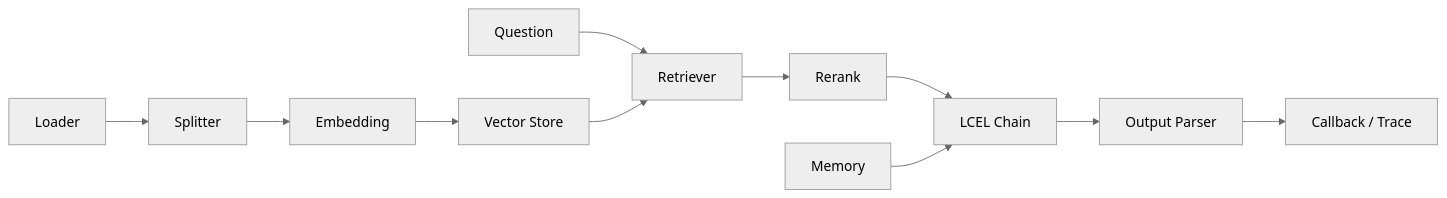
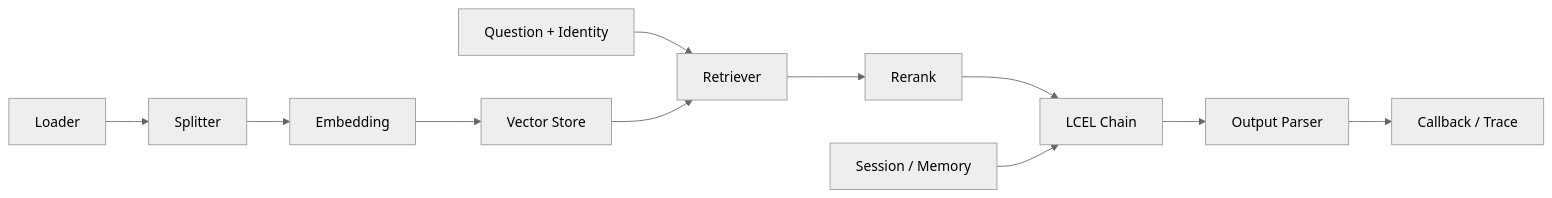
The diagram in src/content/knowledge/03-AI大模型应用开发/05-LangChain实战/01-学习指南.md (imberZsk/imber-blog), drawn with Mermaid (neutral theme) before and after one commit. The commit also changed other lines of this file and 213 other files, not shown here.

Commit message:
fix(knowledge): align guide sequences and strengthen guides (#31)

````diff
--- a/src/content/knowledge/03-AI大模型应用开发/05-LangChain实战/01-学习指南.md
+++ b/src/content/knowledge/03-AI大模型应用开发/05-LangChain实战/01-学习指南.md
@@ -10,13 +11,13 @@
 ```mermaid
 flowchart LR
     A[Loader] --> B[Splitter]
     B --> C[Embedding]
     C --> D[Vector Store]
-    Q[Question] --> E[Retriever]
+    Q[Question + Identity] --> E[Retriever]
     D --> E
     E --> F[Rerank]
     F --> G[LCEL Chain]
-    M[Memory] --> G
+    M[Session / Memory] --> G
     G --> H[Output Parser]
     H --> I[Callback / Trace]
 ```
````
